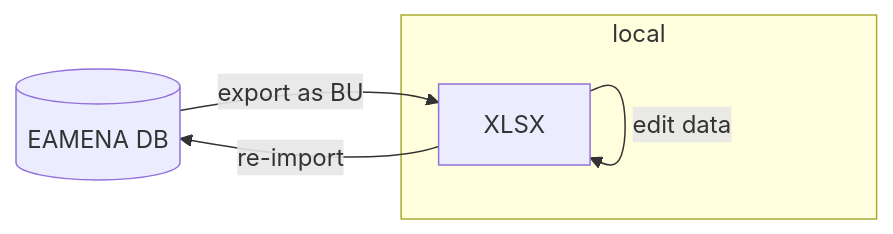
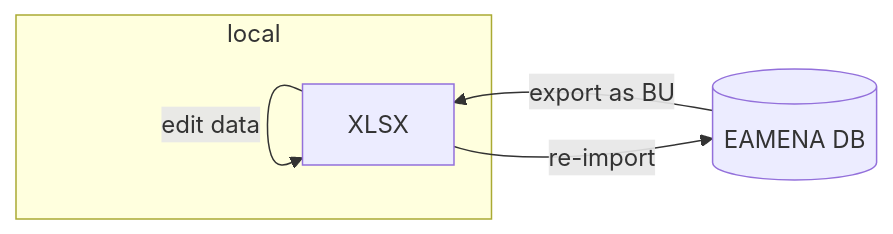
One commit to eamena-project/eamena-arches-dev changed the diagram in data/bulk/temp.md. Above: the diagram before and after it, drawn with Mermaid.

Commit message:
BU workflow

````diff
--- a/data/bulk/temp.md
+++ b/data/bulk/temp.md
@@ -6,8 +6,8 @@
 ```mermaid
-flowchart LR
+flowchart RL
     A[(EAMENA DB)] --export as BU--> B[XLSX];
     subgraph local
     B --edit data--> B;
     end
     B --re-import--> A;
 ```
````
